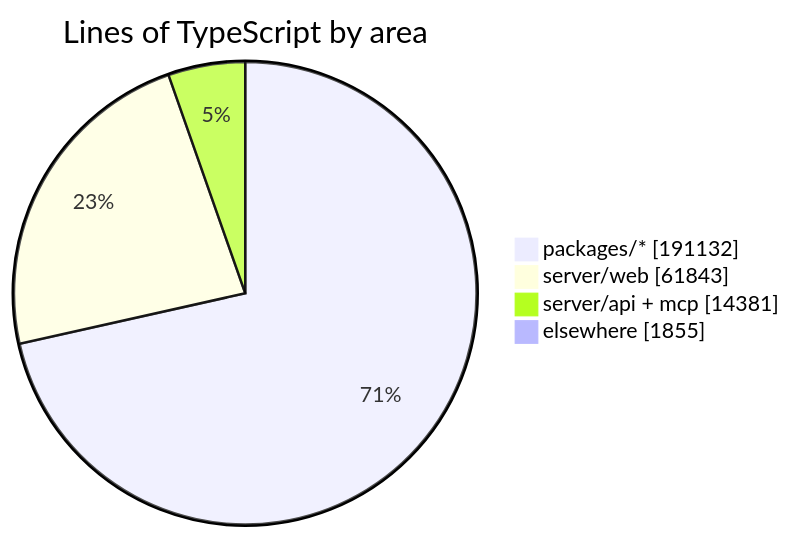
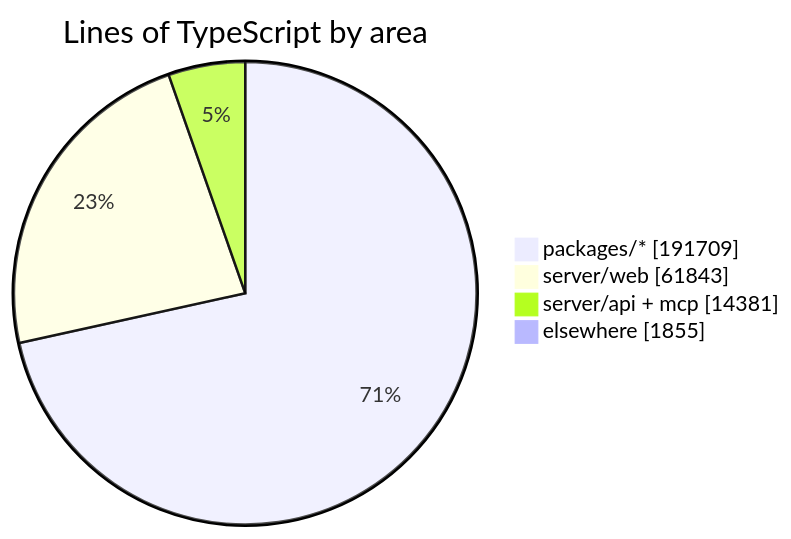
One commit to crossworks-engineering/mantle changed the diagram in README.md. Above: the diagram before and after it, drawn with Mermaid. The commit also changed other lines of this file and 2 other files, not shown here.

````diff
--- a/README.md
+++ b/README.md
@@ -279,7 +279,7 @@
 ```mermaid
 pie showData title Lines of TypeScript by area
-    "packages/*" : 191132
+    "packages/*" : 191709
     "server/web" : 61843
     "server/api + mcp" : 14381
     "elsewhere" : 1855
 ```
````
